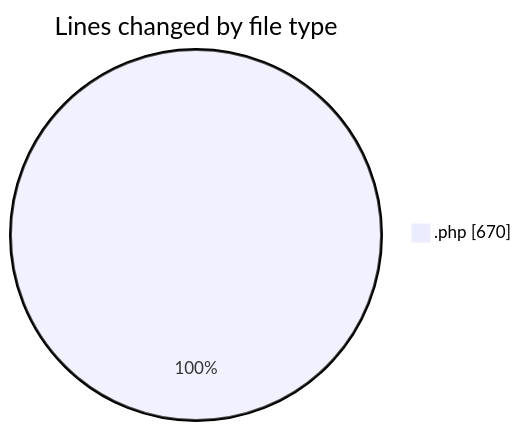
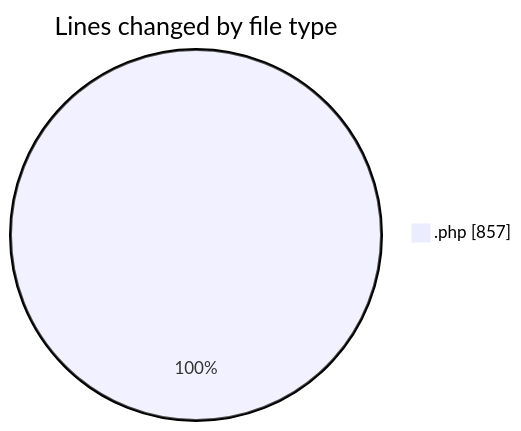
One commit to LanceThiago/code-tracking changed the first of 2 diagrams in 2025-11-04/oficina/README.md. Above: the diagram before and after it, drawn with Mermaid. The commit also changed other lines of this file and 1 other file, not shown here.

````diff
--- a/2025-11-04/oficina/README.md
+++ b/2025-11-04/oficina/README.md
@@ -22,5 +23,5 @@
 ```mermaid
 pie showData
 title Lines changed by file type
-".php" : 670
+".php" : 857
 ```
````
